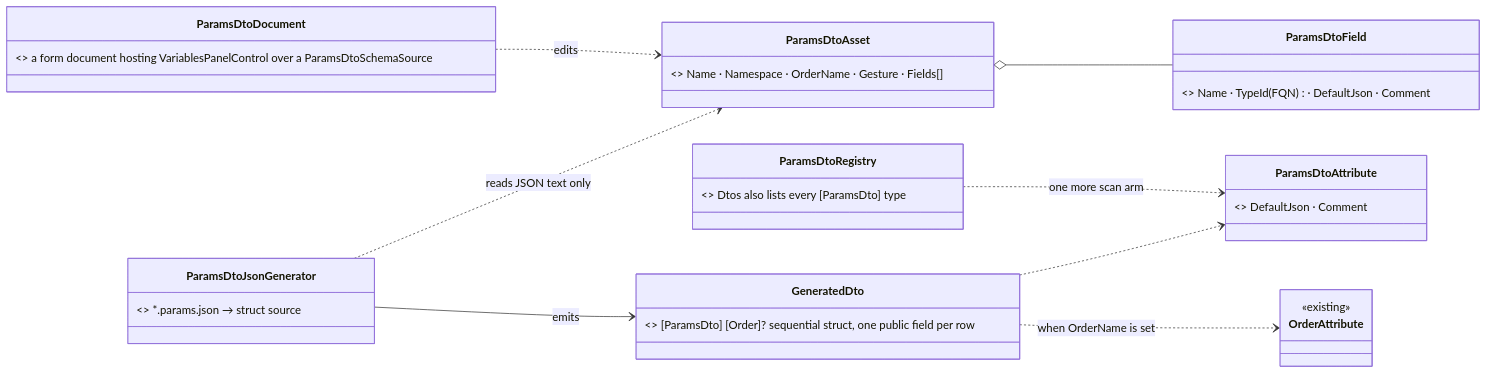
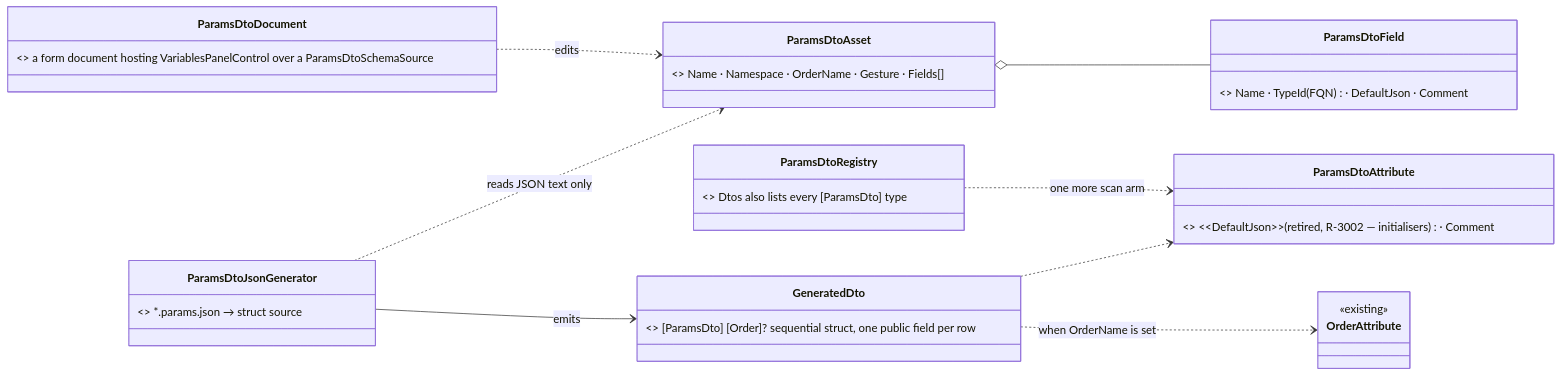
Diagram 26 of 51 in docs/DESIGN_Orders_Params_Entity_Classes.md (pjanec/HROT), drawn with Mermaid before and after one commit. The commit also changed other lines of this file and 3 other files, not shown here.

````diff
--- a/docs/DESIGN_Orders_Params_Entity_Classes.md
+++ b/docs/DESIGN_Orders_Params_Entity_Classes.md
@@ -1212,19 +1212,19 @@
 ```mermaid
 classDiagram
   direction LR
   class ParamsDtoAsset { <<NEW, *.params.json>> Name · Namespace · OrderName · Gesture · Fields[] }
   class ParamsDtoField { <<NEW>> Name · TypeId (FQN) · DefaultJson · Comment }
   class ParamsDtoJsonGenerator { <<NEW, Hrot.AiEditor.Generators, IIncrementalGenerator>> *.params.json → struct source }
   class GeneratedDto { <<GENERATED into Hrot.AI.Behaviors>> [ParamsDto] [Order]? sequential struct, one public field per row }
-  class ParamsDtoAttribute { <<NEW, Hrot.Core>> DefaultJson · Comment }
+  class ParamsDtoAttribute { <<NEW, Hrot.Core>> ~~DefaultJson~~ (retired, R-3002 — initialisers) · Comment }
   class ParamsDtoRegistry { <<existing, CHANGED>> Dtos also lists every [ParamsDto] type }
   class OrderAttribute { <<existing>> }
   class ParamsDtoDocument { <<B4b, NEW — awaits the user>> a form document hosting VariablesPanelControl over a ParamsDtoSchemaSource }
   ParamsDtoAsset o-- ParamsDtoField
   ParamsDtoJsonGenerator ..> ParamsDtoAsset : reads JSON text only
   ParamsDtoJsonGenerator --> GeneratedDto : emits
   GeneratedDto ..> ParamsDtoAttribute
   GeneratedDto ..> OrderAttribute : when OrderName is set
   ParamsDtoRegistry ..> ParamsDtoAttribute : one more scan arm
   ParamsDtoDocument ..> ParamsDtoAsset : edits
 ```
````
